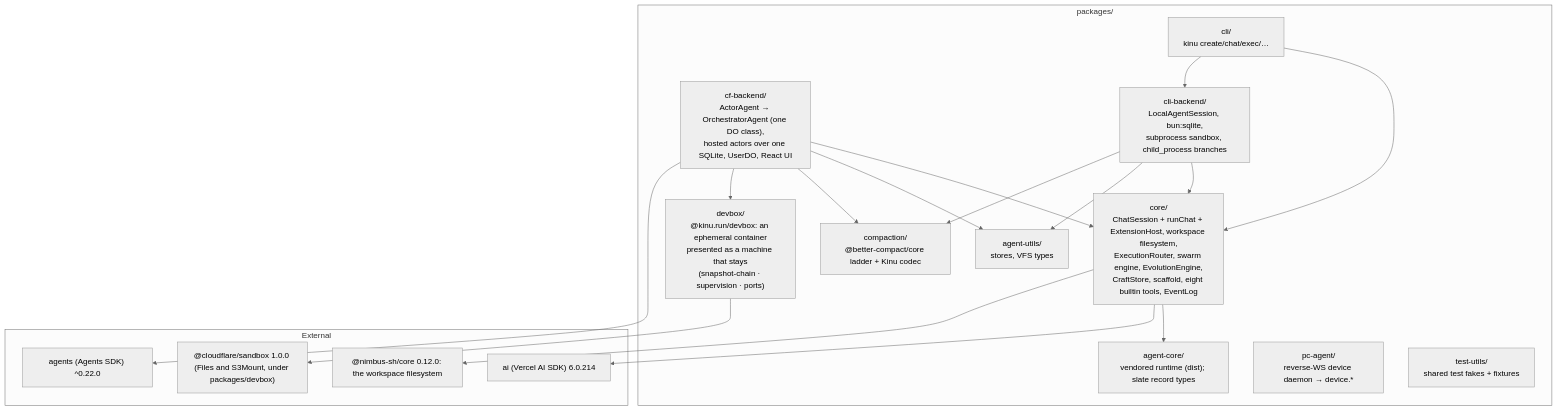
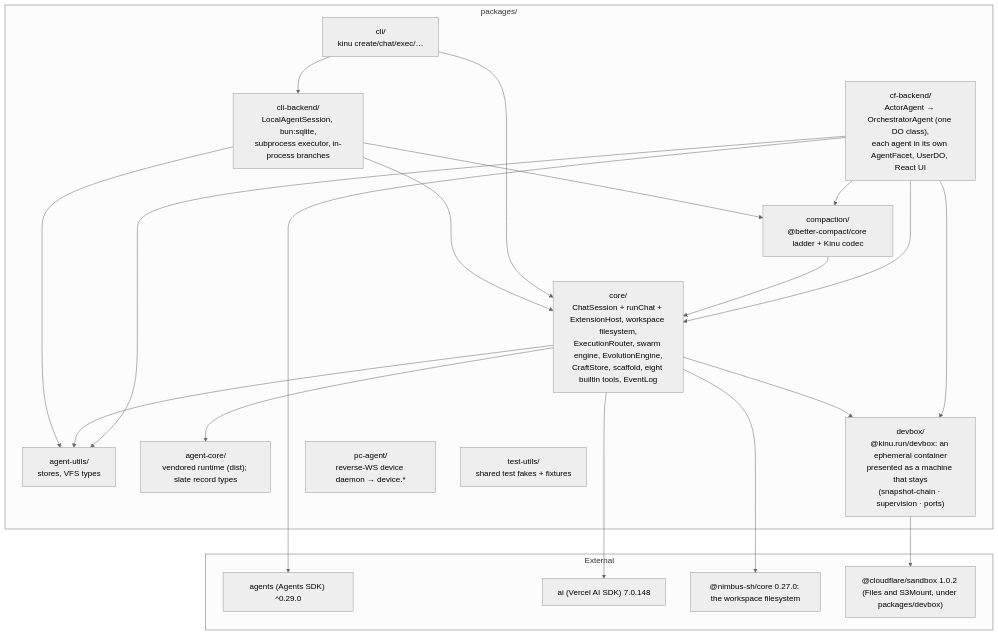
One commit to AshishKumar4/kinu changed the fifth of 5 diagrams in docs/ARCHITECTURE.md. Above: the diagram before and after it, drawn with Mermaid (neutral theme). The commit also changed other lines of this file and 36 other files, not shown here.

First line of the commit message:
docs: the architecture diagrams say what the code does

````diff
--- a/docs/ARCHITECTURE.md
+++ b/docs/ARCHITECTURE.md
@@ -529,38 +527,41 @@
 ```mermaid
 graph TB
     subgraph pkgs["packages/"]
         Core["core/<br/>ChatSession + runChat + ExtensionHost, workspace filesystem,<br/>ExecutionRouter, swarm engine, EvolutionEngine,<br/>CraftStore, scaffold, eight builtin tools, EventLog"]
-        CF["cf-backend/<br/>ActorAgent → OrchestratorAgent (one DO class),<br/>hosted actors over one SQLite, UserDO, React UI"]
+        CF["cf-backend/<br/>ActorAgent → OrchestratorAgent (one DO class),<br/>each agent in its own AgentFacet, UserDO, React UI"]
         Utils["agent-utils/<br/>stores, VFS types"]
         AC["agent-core/<br/>vendored runtime (dist); slate record types"]
         Compact["compaction/<br/>@better-compact/core ladder + Kinu codec"]
         Devbox["devbox/<br/>@kinu.run/devbox: an ephemeral container<br/>presented as a machine that stays<br/>(snapshot-chain · supervision · ports)"]
         CLI["cli/<br/>kinu create/chat/exec/…"]
-        CLIB["cli-backend/<br/>LocalAgentSession, bun:sqlite,<br/>subprocess sandbox, child_process branches"]
+        CLIB["cli-backend/<br/>LocalAgentSession, bun:sqlite,<br/>subprocess executor, in-process branches"]
         PC["pc-agent/<br/>reverse-WS device daemon → device.*"]
         TU["test-utils/<br/>shared test fakes + fixtures"]
     end
 
     CF --> Core
     CF --> Utils
     CF --> Compact
     CF --> Devbox
     Core --> AC
+    Core --> Utils
+    Core --> Devbox
+    Compact --> Core
     CLI --> Core
     CLI --> CLIB
     CLIB --> Core
     CLIB --> Utils
     CLIB --> Compact
 
     subgraph ext["External"]
-        Agents["agents (Agents SDK) ^0.22.0"]
-        AISDK["ai (Vercel AI SDK) 6.0.214"]
-        Nimbus["@nimbus-sh/core 0.12.0: the workspace filesystem"]
-        Sandbox["@cloudflare/sandbox 1.0.0 (Files and S3Mount, under packages/devbox)"]
+        Agents["agents (Agents SDK) ^0.29.0"]
+        AISDK["ai (Vercel AI SDK) 7.0.148"]
+        Nimbus["@nimbus-sh/core 0.27.0: the workspace filesystem"]
+        Sandbox["@cloudflare/sandbox 1.0.2 (Files and S3Mount, under packages/devbox)"]
     end
 
     CF --> Agents
     Core --> AISDK
     Core --> Nimbus
     Devbox --> Sandbox
 ```
````
